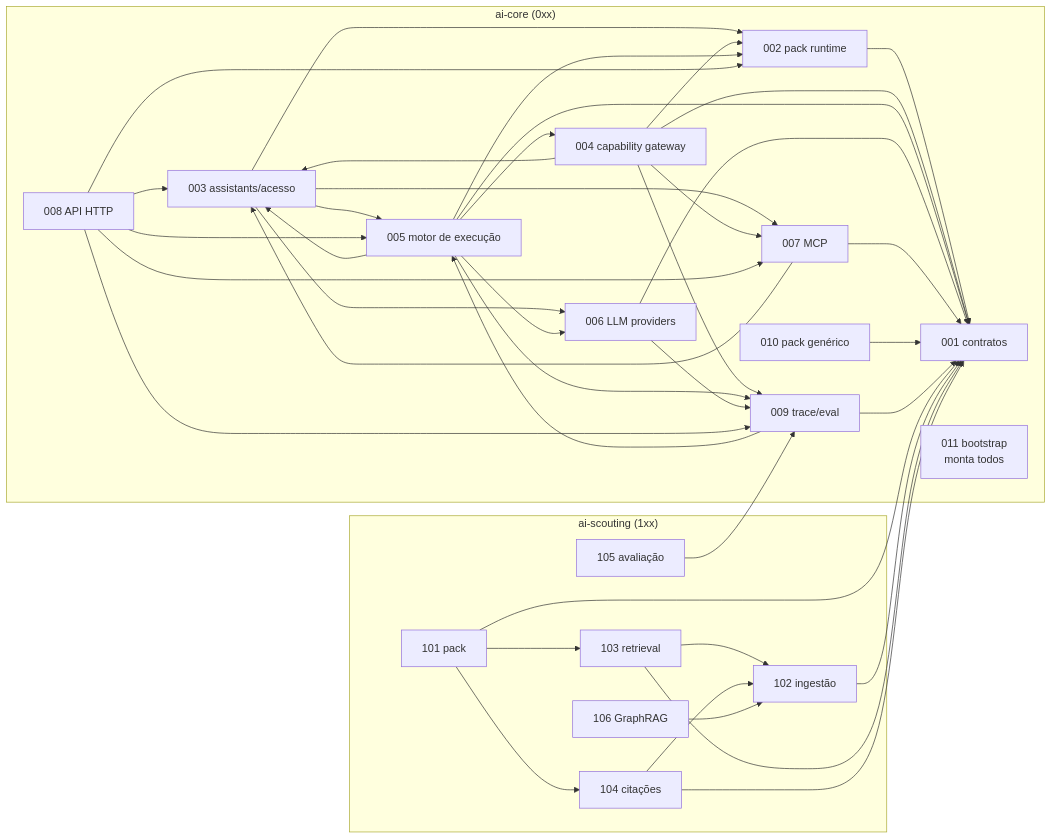
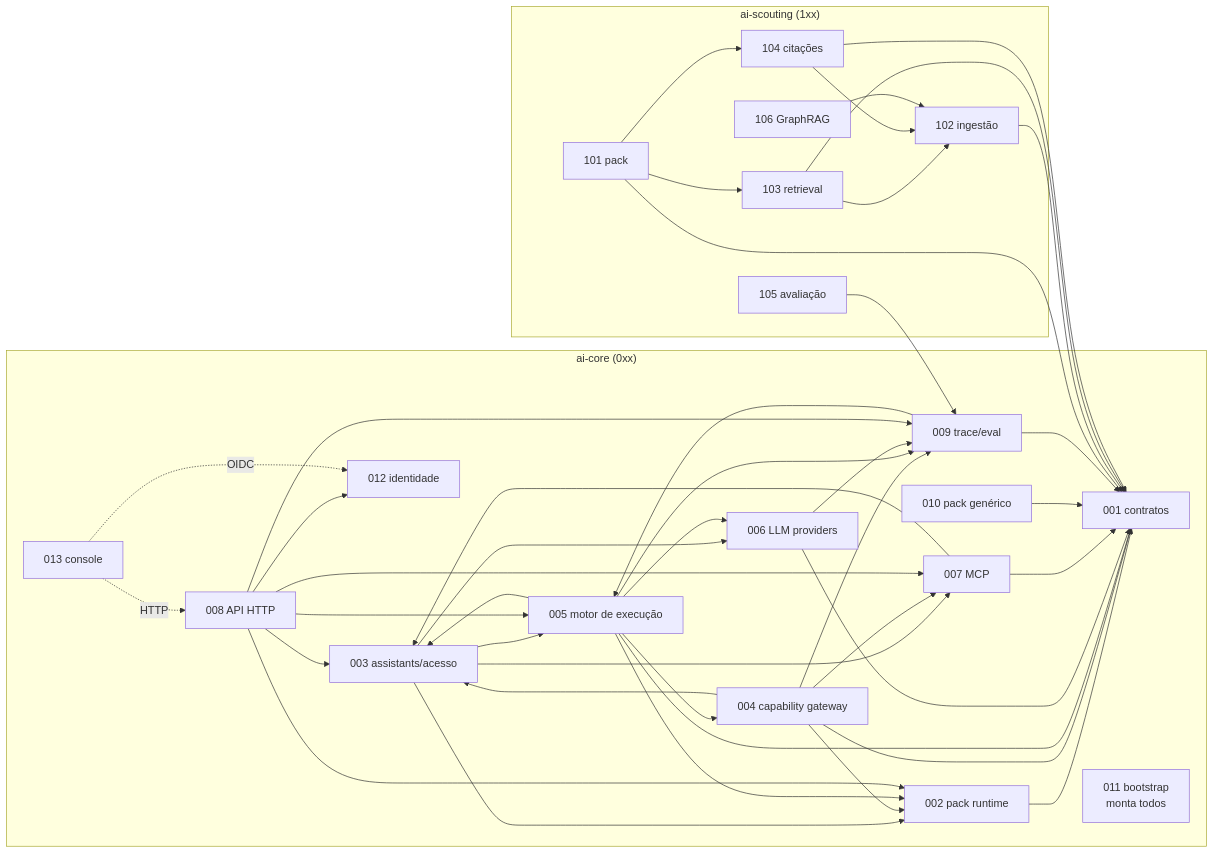
Before and after one commit to CaioFerreiraB/axon: the fourth of 4 diagrams in specs/README.md, drawn with Mermaid. The commit also changed other lines of this file and 80 other files, not shown here.

First line of the commit message:
docs: especificação da Fase 9 — console de administração e identidade própria

````diff
--- a/specs/README.md
+++ b/specs/README.md
@@ -226,64 +244,69 @@
 ```mermaid
 flowchart LR
     subgraph CORE["ai-core (0xx)"]
         C001[001 contratos]
         C002[002 pack runtime]
         C003[003 assistants/acesso]
         C004[004 capability gateway]
         C005[005 motor de execução]
         C006[006 LLM providers]
         C007[007 MCP]
         C008[008 API HTTP]
         C009[009 trace/eval]
         C010[010 pack genérico]
         C011[011 bootstrap<br/>monta todos]
+        C012[012 identidade]
+        C013[013 console]
     end
     subgraph SCT["ai-scouting (1xx)"]
         S101[101 pack]
         S102[102 ingestão]
         S103[103 retrieval]
         S104[104 citações]
         S105[105 avaliação]
         S106[106 GraphRAG]
     end
 
     C002 --> C001
     C004 --> C001
     C005 --> C001
     C006 --> C001
     C007 --> C001
     C010 --> C001
     C003 --> C002
     C003 --> C005
     C003 --> C006
     C003 --> C007
     C004 --> C002
     C004 --> C003
     C004 --> C007
     C004 --> C009
     C005 --> C002
     C005 --> C003
     C005 --> C004
     C005 --> C006
     C005 --> C009
     C006 --> C009
     C007 --> C003
     C008 --> C003
     C008 --> C005
     C008 --> C002
     C008 --> C007
     C008 --> C009
     C009 --> C001
     C009 --> C005
+    C008 --> C012
+    C013 -.HTTP.-> C008
+    C013 -.OIDC.-> C012
 
     S101 --> C001
     S102 --> C001
     S103 --> C001
     S104 --> C001
     S101 --> S103
     S101 --> S104
     S103 --> S102
     S104 --> S102
     S106 --> S102
     S105 --> C009
 ```
````
